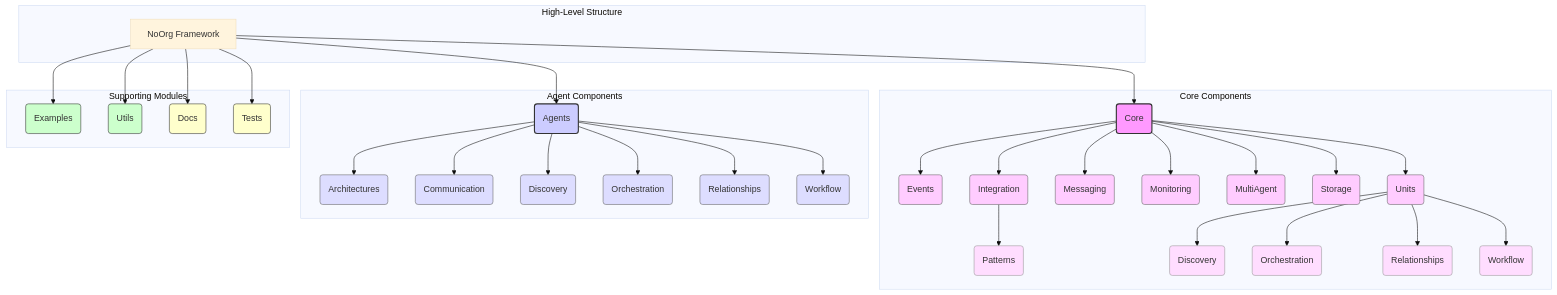
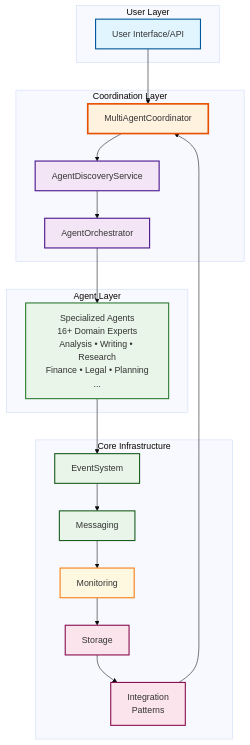
Before and after one commit to ActiveInferenceInstitute/NoOrg: the first of 3 diagrams in README.md, drawn with Mermaid (base theme). The commit also changed other lines of this file and 3 other files, not shown here.

````diff
--- a/README.md
+++ b/README.md
@@ -75,95 +77,46 @@
 ```mermaid
-graph TD
-    A[NoOrg Framework] --> B(Core);
-    A --> C(Agents);
-    A --> D(Examples);
-    A --> E(Utils);
-    A --> F(Docs);
-    A --> G(Tests);
-
-    B --> B1(Events);
-    B --> B2(Integration);
-    B --> B3(Messaging);
-    B --> B4(Monitoring);
-    B --> B5(MultiAgent);
-    B --> B6(Storage);
-    B --> B7(Units);
-
-    B2 --> B2a(Patterns);
-
-    C --> C1(Architectures);
-    C --> C2(Communication);
-    C --> C3(Discovery);
-    C --> C4(Orchestration);
-    C --> C5(Relationships);
-    C --> C6(Workflow);
-
-    B7 --> B7a(Discovery);
-    B7 --> B7b(Orchestration);
-    B7 --> B7c(Relationships);
-    B7 --> B7d(Workflow);
-
-    subgraph "High-Level Structure"
-        A
+graph TB
+    subgraph "User Layer"
+        UI[User Interface/API]
     end
 
-    subgraph "Core Components"
-        B
-        B1
-        B2
-        B2a
-        B3
-        B4
-        B5
-        B6
-        B7
-        B7a
-        B7b
-        B7c
-        B7d
+    subgraph "Coordination Layer"
+        MC[MultiAgentCoordinator]
+        DS[AgentDiscoveryService]
+        AO[AgentOrchestrator]
     end
 
-    subgraph "Agent Components"
-        C
-        C1
-        C2
-        C3
-        C4
-        C5
-        C6
+    subgraph "Agent Layer"
+        AGENTS[Specialized Agents<br/>16+ Domain Experts<br/>Analysis • Writing • Research<br/>Finance • Legal • Planning<br/>...]
     end
 
-    subgraph "Supporting Modules"
-        D
-        E
-        F
-        G
+    subgraph "Core Infrastructure"
+        EV[EventSystem]
+        MSG[Messaging]
+        MON[Monitoring]
+        STOR[Storage]
+        INT[Integration<br/>Patterns]
     end
 
-    style B fill:#f9f,stroke:#333,stroke-width:2px
-    style C fill:#ccf,stroke:#333,stroke-width:2px
-    style D fill:#cfc,stroke:#333,stroke-width:1px
-    style E fill:#cfc,stroke:#333,stroke-width:1px
-    style F fill:#ffc,stroke:#333,stroke-width:1px
-    style G fill:#ffc,stroke:#333,stroke-width:1px
+    UI --> MC
+    MC --> DS
+    DS --> AO
+    AO --> AGENTS
+    AGENTS --> EV
+    EV --> MSG
+    MSG --> MON
+    MON --> STOR
+    STOR --> INT
+    INT --> MC
 
-    style B1 fill:#fcf,stroke:#666,stroke-width:1px
-    style B2 fill:#fcf,stroke:#666,stroke-width:1px
-    style B2a fill:#fdf,stroke:#999,stroke-width:1px
-    style B3 fill:#fcf,stroke:#666,stroke-width:1px
-    style B4 fill:#fcf,stroke:#666,stroke-width:1px
-    style B5 fill:#fcf,stroke:#666,stroke-width:1px
-    style B6 fill:#fcf,stroke:#666,stroke-width:1px
-    style B7 fill:#fcf,stroke:#666,stroke-width:1px
-    style B7a fill:#fdf,stroke:#999,stroke-width:1px
-    style B7b fill:#fdf,stroke:#999,stroke-width:1px
-    style B7c fill:#fdf,stroke:#999,stroke-width:1px
-    style B7d fill:#fdf,stroke:#999,stroke-width:1px
-
-    style C1 fill:#ddf,stroke:#666,stroke-width:1px
-    style C2 fill:#ddf,stroke:#666,stroke-width:1px
-    style C3 fill:#ddf,stroke:#666,stroke-width:1px
-    style C4 fill:#ddf,stroke:#666,stroke-width:1px
-    style C5 fill:#ddf,stroke:#666,stroke-width:1px
-    style C6 fill:#ddf,stroke:#666,stroke-width:1px
+    style UI fill:#e1f5fe,stroke:#01579b,stroke-width:2px
+    style MC fill:#fff3e0,stroke:#e65100,stroke-width:3px
+    style DS fill:#f3e5f5,stroke:#4a148c,stroke-width:2px
+    style AO fill:#f3e5f5,stroke:#4a148c,stroke-width:2px
+    style AGENTS fill:#e8f5e8,stroke:#2e7d32,stroke-width:2px
+    style EV fill:#e8f5e8,stroke:#1b5e20,stroke-width:2px
+    style MSG fill:#e8f5e8,stroke:#1b5e20,stroke-width:2px
+    style MON fill:#fff8e1,stroke:#f57f17,stroke-width:2px
+    style STOR fill:#fce4ec,stroke:#880e4f,stroke-width:2px
+    style INT fill:#fce4ec,stroke:#880e4f,stroke-width:2px
 ```
````
